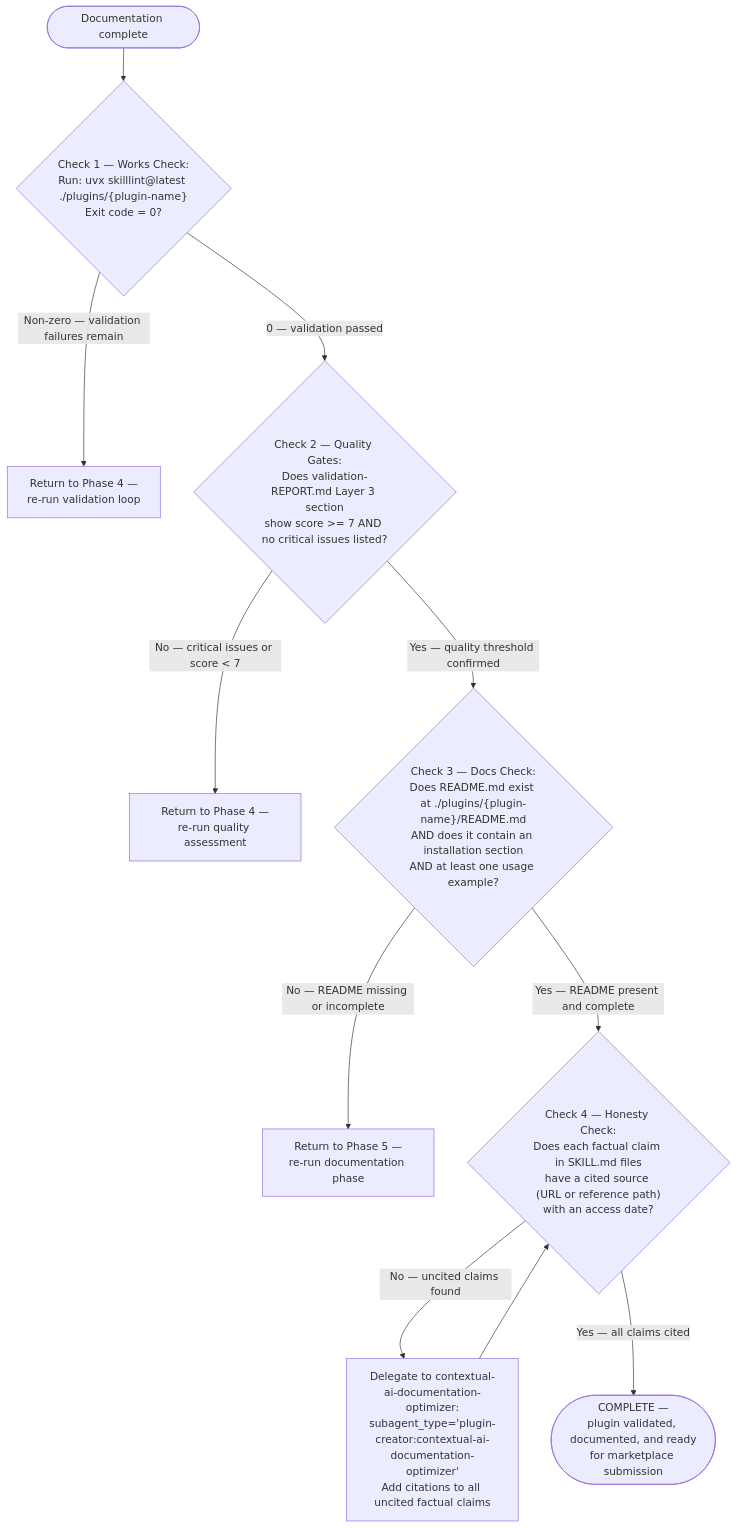
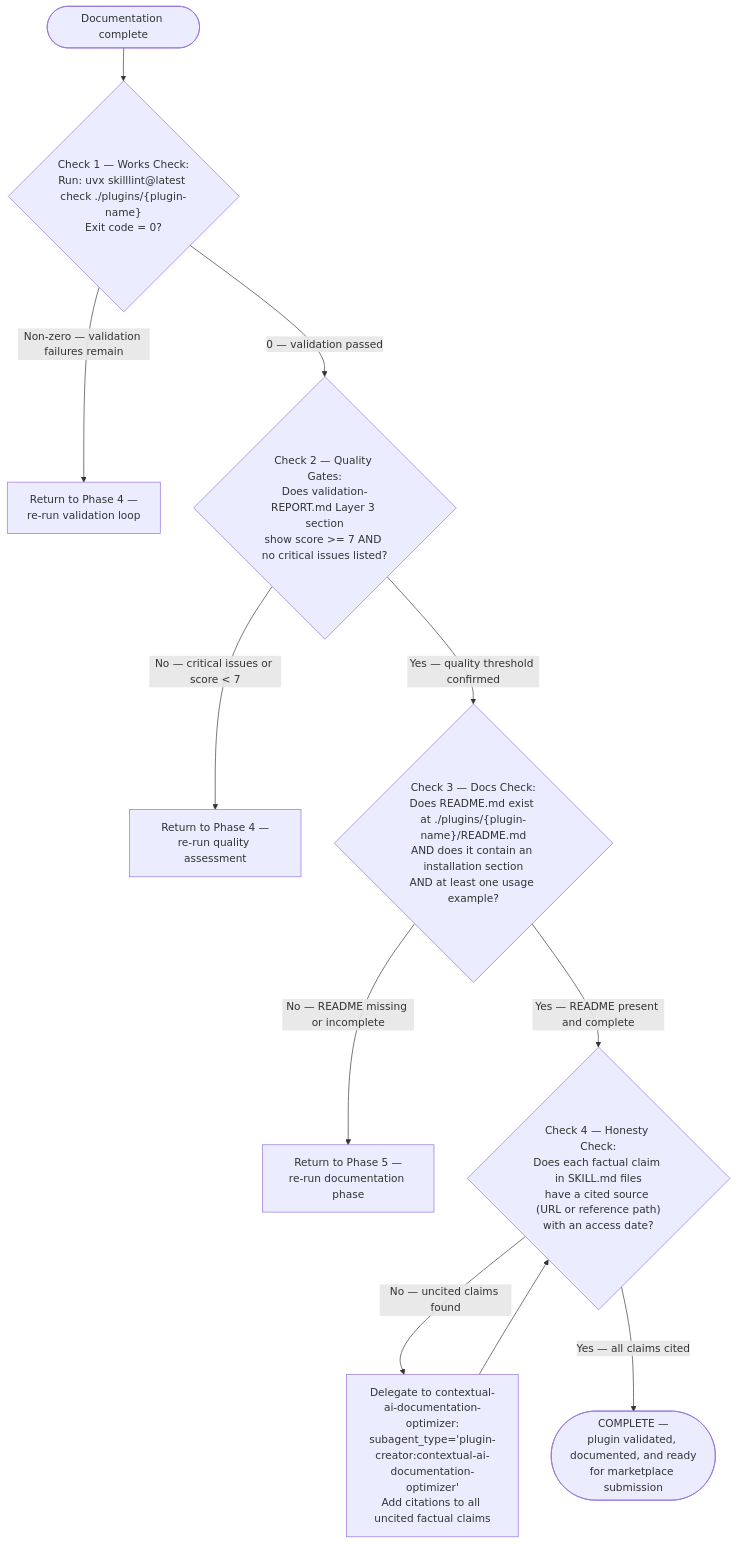
One commit to chgreer1070/claude_skills changed the ninth of 11 diagrams in plugins/plugin-creator/skills/plugin-creator/references/workflow-diagram.md. Above: the diagram before and after it, drawn with Mermaid. The commit also changed other lines of this file and 42 other files, not shown here.

First line of the commit message:
refactor(migration): migrate plugin_validator.py to uvx skilllint@latest check

````diff
--- a/plugins/plugin-creator/skills/plugin-creator/references/workflow-diagram.md
+++ b/plugins/plugin-creator/skills/plugin-creator/references/workflow-diagram.md
@@ -209,21 +209,21 @@
 ```mermaid
 flowchart TD
-    Start(["Documentation complete"]) --> Check1{"Check 1 — Works Check:<br>Run: uvx skilllint@latest ./plugins/{plugin-name}<br>Exit code = 0?"}
+    Start(["Documentation complete"]) --> Check1{"Check 1 — Works Check:<br>Run: uvx skilllint@latest check ./plugins/{plugin-name}<br>Exit code = 0?"}
 
     Check1 -->|"Non-zero — validation failures remain"| Fix1["Return to Phase 4 —<br>re-run validation loop"]
 
     Check1 -->|"0 — validation passed"| Check2{"Check 2 — Quality Gates:<br>Does validation-REPORT.md Layer 3 section<br>show score >= 7 AND no critical issues listed?"}
 
     Check2 -->|"No — critical issues or score < 7"| Fix2["Return to Phase 4 —<br>re-run quality assessment"]
 
     Check2 -->|"Yes — quality threshold confirmed"| Check3{"Check 3 — Docs Check:<br>Does README.md exist at ./plugins/{plugin-name}/README.md<br>AND does it contain an installation section<br>AND at least one usage example?"}
 
     Check3 -->|"No — README missing or incomplete"| Fix3["Return to Phase 5 —<br>re-run documentation phase"]
 
     Check3 -->|"Yes — README present and complete"| Check4{"Check 4 — Honesty Check:<br>Does each factual claim in SKILL.md files<br>have a cited source (URL or reference path)<br>with an access date?"}
 
     Check4 -->|"No — uncited claims found"| Fix4["Delegate to contextual-ai-documentation-optimizer:<br>subagent_type='plugin-creator:contextual-ai-documentation-optimizer'<br>Add citations to all uncited factual claims"]
     Fix4 --> Check4
 
     Check4 -->|"Yes — all claims cited"| Complete(["COMPLETE —<br>plugin validated, documented, and ready<br>for marketplace submission"])
 ```
````
